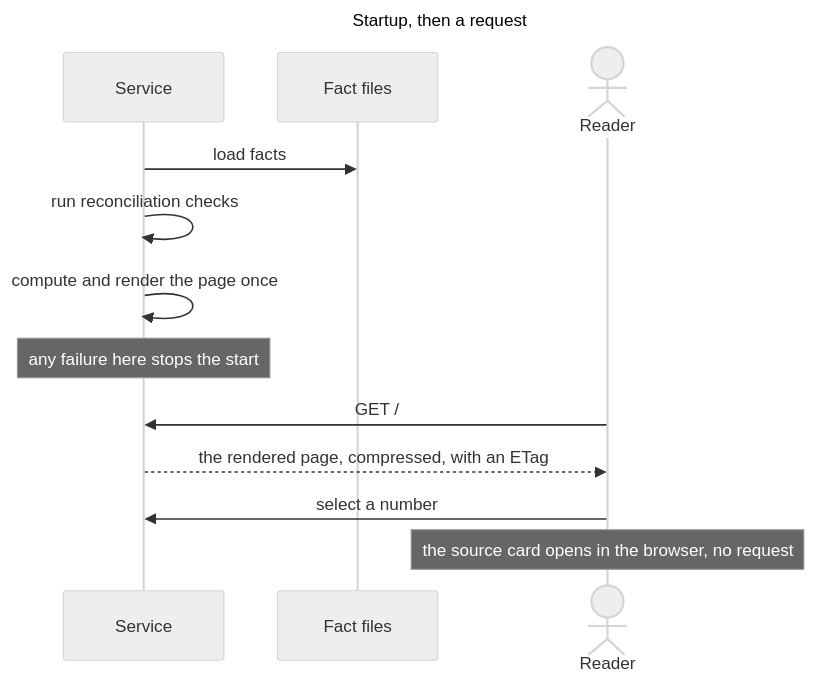
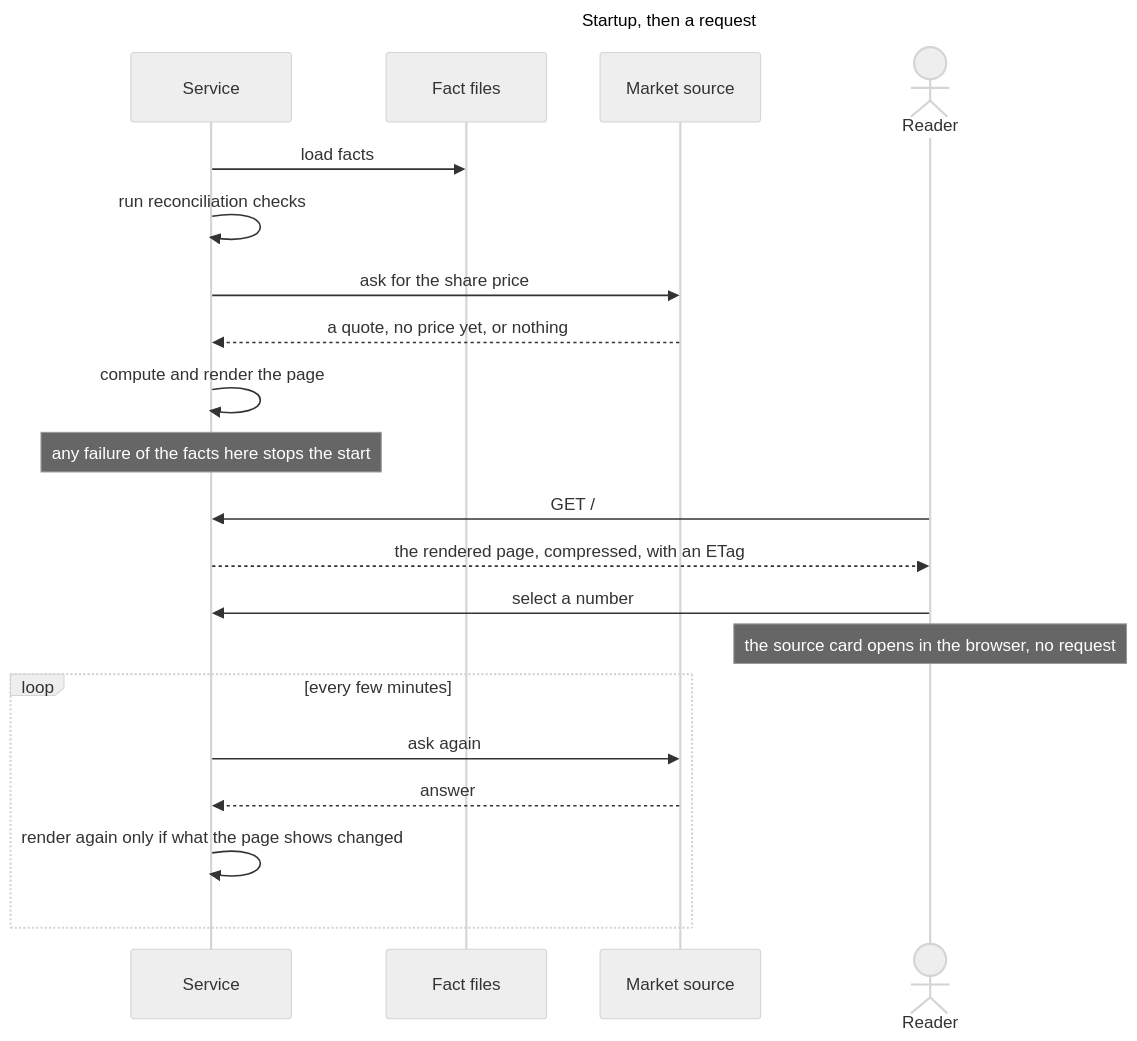
The third of 3 diagrams in ARCHITECTURE.md (sonixz/monitor-anthropic-ipo), drawn with Mermaid (neutral theme) before and after one commit. The commit also changed other lines of this file and 35 other files, not shown here.

````diff
--- a/ARCHITECTURE.md
+++ b/ARCHITECTURE.md
@@ -55,17 +60,25 @@
 ```mermaid
 ---
 title: Startup, then a request
 ---
 sequenceDiagram
   participant S as Service
   participant F as Fact files
+  participant M as Market source
   actor R as Reader
   S->>F: load facts
   S->>S: run reconciliation checks
-  S->>S: compute and render the page once
-  Note over S: any failure here stops the start
+  S->>M: ask for the share price
+  M-->>S: a quote, no price yet, or nothing
+  S->>S: compute and render the page
+  Note over S: any failure of the facts here stops the start
   R->>S: GET /
   S-->>R: the rendered page, compressed, with an ETag
   R->>S: select a number
   Note over R: the source card opens in the browser, no request
+  loop every few minutes
+    S->>M: ask again
+    M-->>S: answer
+    S->>S: render again only if what the page shows changed
+  end
 ```
````
